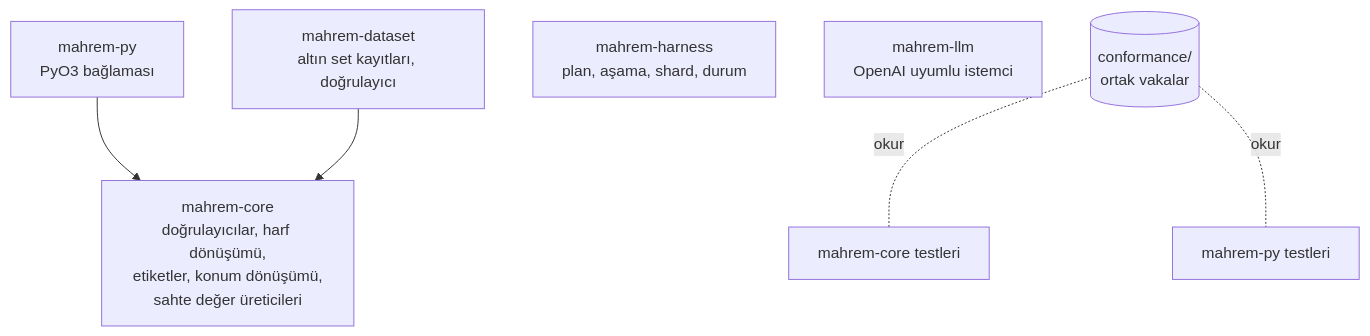
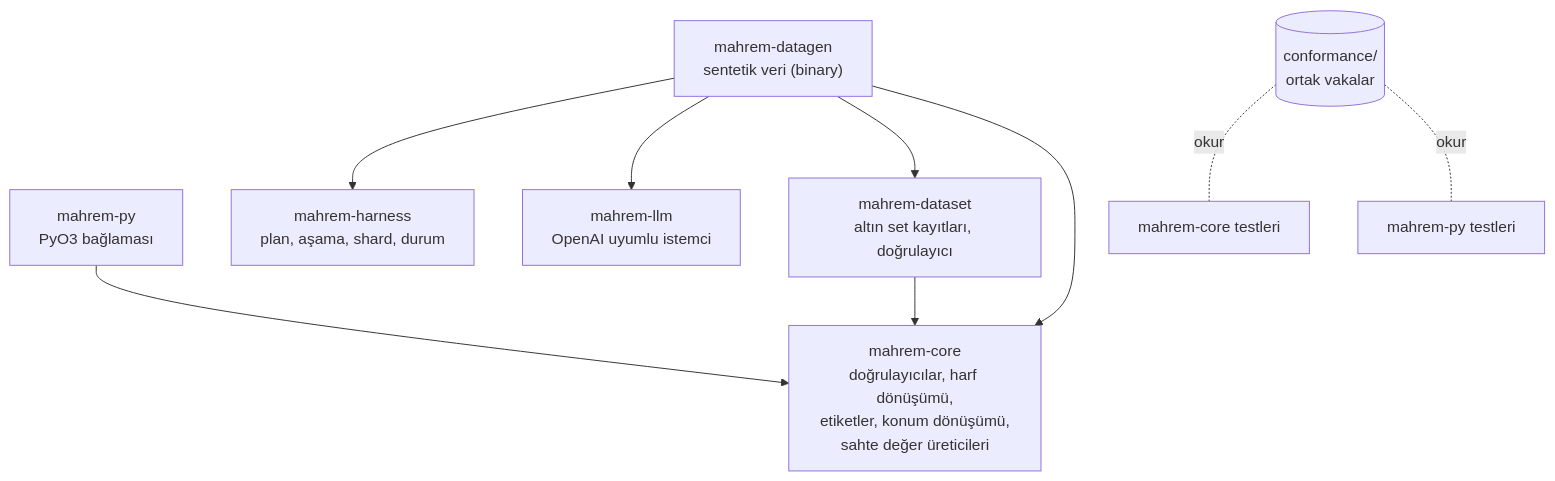
Before and after one commit to thebozturk/mahrem: the diagram in docs/architecture.md, drawn with Mermaid. The commit also changed other lines of this file and 28 other files, not shown here.

First line of the commit message:
feat: mahrem-datagen, synthetic data generation on a local LLM

````diff
--- a/docs/architecture.md
+++ b/docs/architecture.md
@@ -7,9 +7,11 @@
 ```mermaid
 flowchart TD
     Py["mahrem-py<br/>PyO3 bağlaması"] --> Core["mahrem-core<br/>doğrulayıcılar, harf dönüşümü,<br/>etiketler, konum dönüşümü,<br/>sahte değer üreticileri"]
     Dataset["mahrem-dataset<br/>altın set kayıtları, doğrulayıcı"] --> Core
-    Harness["mahrem-harness<br/>plan, aşama, shard, durum"]
-    Llm["mahrem-llm<br/>OpenAI uyumlu istemci"]
+    Datagen["mahrem-datagen<br/>sentetik veri (binary)"] --> Harness["mahrem-harness<br/>plan, aşama, shard, durum"]
+    Datagen --> Llm["mahrem-llm<br/>OpenAI uyumlu istemci"]
+    Datagen --> Dataset
+    Datagen --> Core
     Conf[("conformance/<br/>ortak vakalar")] -. "okur" .- CoreTest["mahrem-core testleri"]
     Conf -. "okur" .- PyTest["mahrem-py testleri"]
 ```
````
